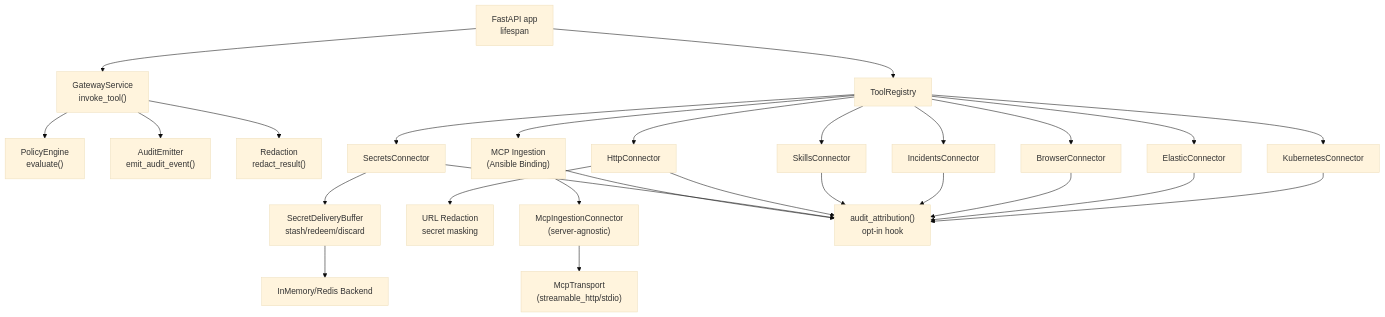
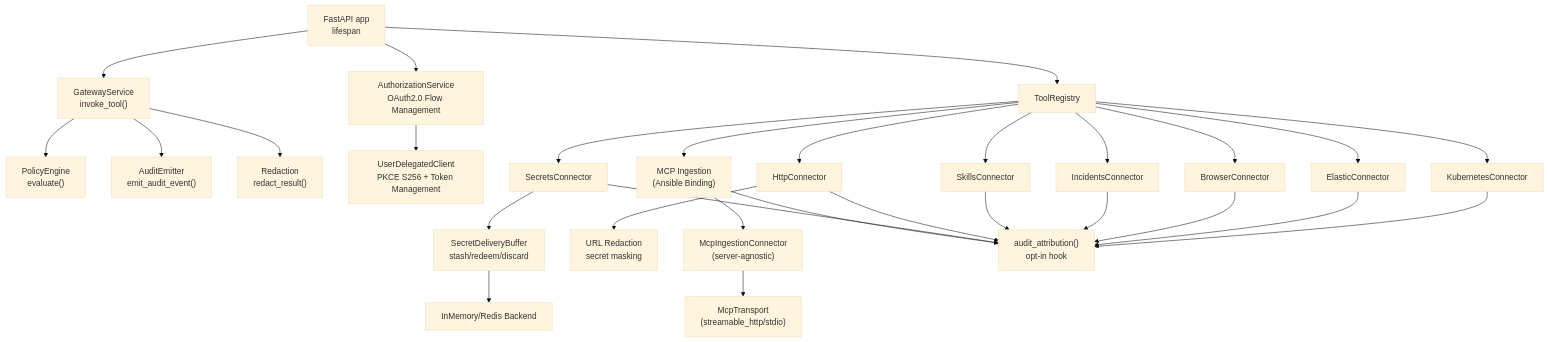
Before and after one commit to metasync/luban-aiops: the first of 17 diagrams in .qoder/repowiki/en/content/Core Services/Tool Gateway/Tool Gateway.md, drawn with Mermaid (base theme). The commit also changed other lines of this file and 215 other files, not shown here.

````diff
--- a/.qoder/repowiki/en/content/Core Services/Tool Gateway/Tool Gateway.md
+++ b/.qoder/repowiki/en/content/Core Services/Tool Gateway/Tool Gateway.md
@@ -72,29 +83,31 @@
 ```mermaid
 graph TB
 A["FastAPI app<br/>lifespan"] --> B["ToolRegistry"]
 A --> C["GatewayService<br/>invoke_tool()"]
-C --> D["PolicyEngine<br/>evaluate()"]
-C --> E["AuditEmitter<br/>emit_audit_event()"]
-C --> F["Redaction<br/>redact_result()"]
-B --> H["KubernetesConnector"]
-B --> I["ElasticConnector"]
-B --> J["BrowserConnector"]
-B --> K["IncidentsConnector"]
-B --> L["SkillsConnector"]
-B --> M["HttpConnector"]
-B --> N["SecretsConnector"]
-B --> O["MCP Ingestion<br/>(Ansible Binding)"]
-O --> P["McpIngestionConnector<br/>(server-agnostic)"]
-P --> Q["McpTransport<br/>(streamable_http/stdio)"]
-M --> R["URL Redaction<br/>secret masking"]
-N --> S["SecretDeliveryBuffer<br/>stash/redeem/discard"]
-S --> T["InMemory/Redis Backend"]
-H --> U["audit_attribution()<br/>opt-in hook"]
-I --> U
-J --> U
-K --> U
-L --> U
-M --> U
-N --> U
-O --> U
+A --> D["AuthorizationService<br/>OAuth2.0 Flow Management"]
+C --> E["PolicyEngine<br/>evaluate()"]
+C --> F["AuditEmitter<br/>emit_audit_event()"]
+C --> G["Redaction<br/>redact_result()"]
+D --> H["UserDelegatedClient<br/>PKCE S256 + Token Management"]
+B --> I["KubernetesConnector"]
+B --> J["ElasticConnector"]
+B --> K["BrowserConnector"]
+B --> L["IncidentsConnector"]
+B --> M["SkillsConnector"]
+B --> N["HttpConnector"]
+B --> O["SecretsConnector"]
+B --> P["MCP Ingestion<br/>(Ansible Binding)"]
+P --> Q["McpIngestionConnector<br/>(server-agnostic)"]
+Q --> R["McpTransport<br/>(streamable_http/stdio)"]
+N --> S["URL Redaction<br/>secret masking"]
+O --> T["SecretDeliveryBuffer<br/>stash/redeem/discard"]
+T --> U["InMemory/Redis Backend"]
+I --> V["audit_attribution()<br/>opt-in hook"]
+J --> V
+K --> V
+L --> V
+M --> V
+N --> V
+O --> V
+P --> V
 ```
````
